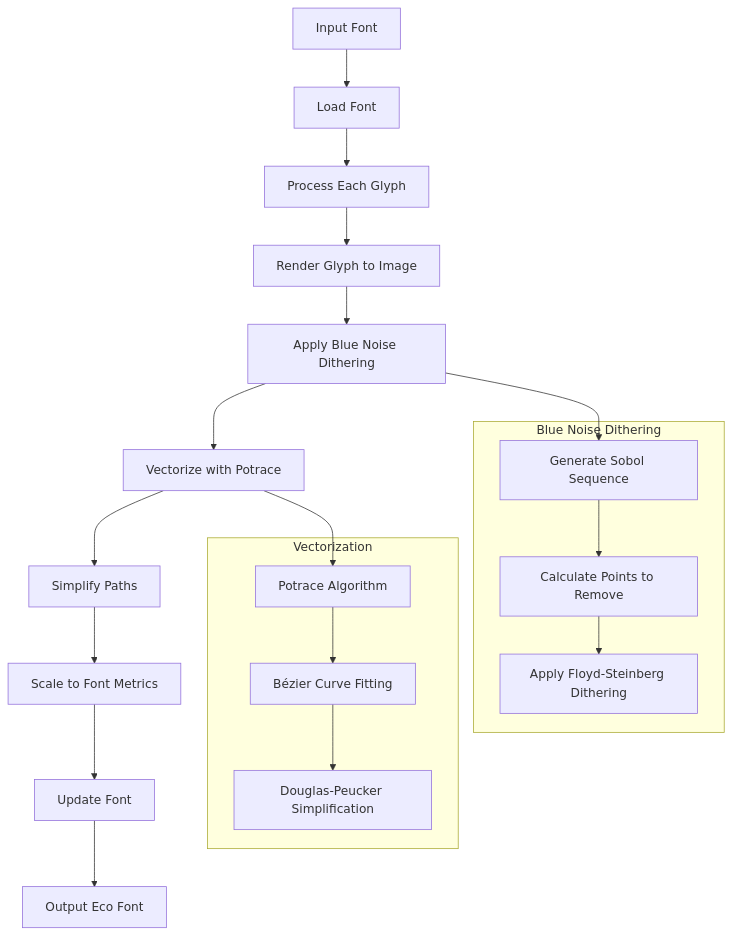
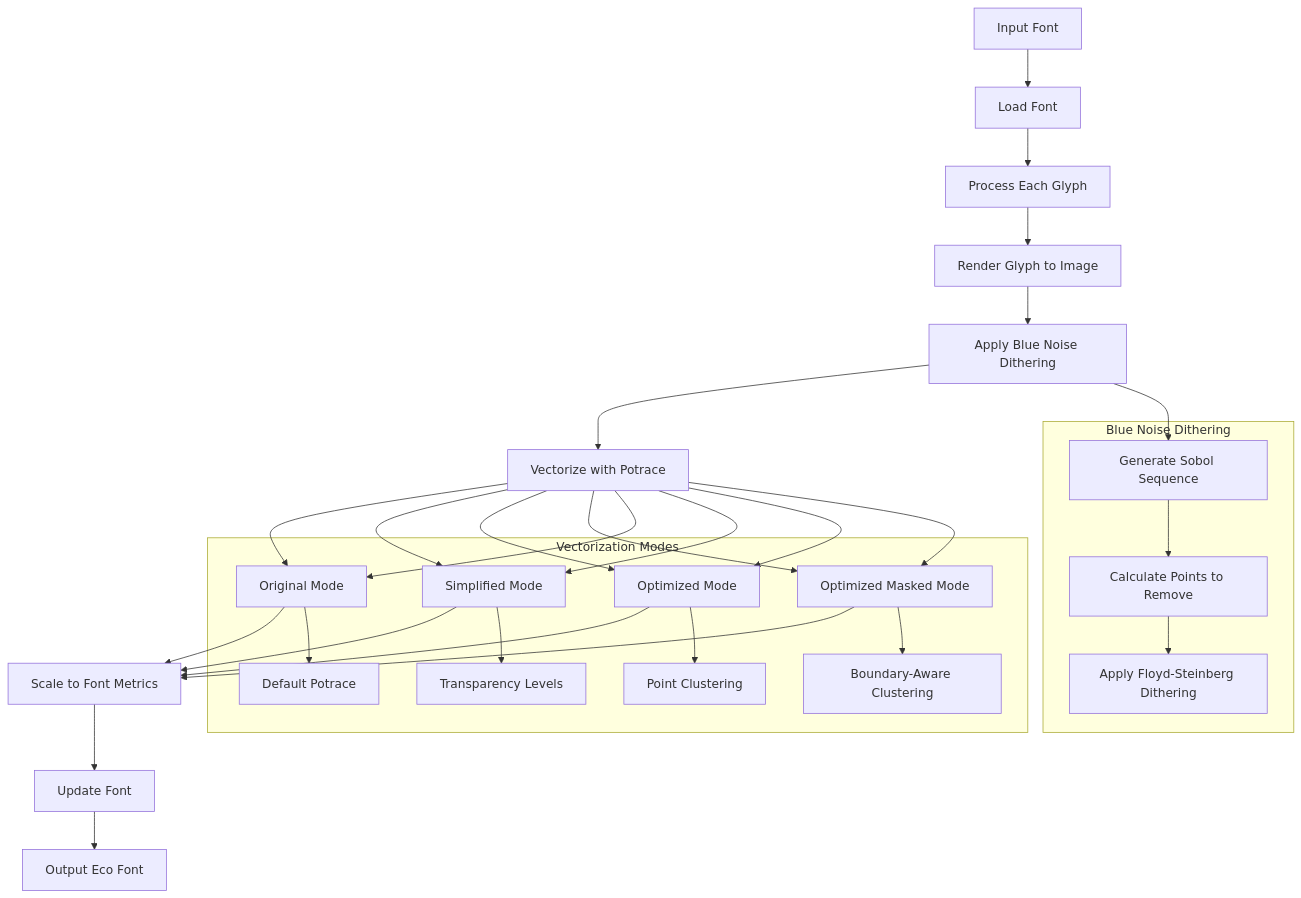
One commit to dsmutin/FontEco changed the diagram in README.md. Above: the diagram before and after it, drawn with Mermaid. The commit also changed other lines of this file and 1 other file, not shown here.

Commit message:
update the rendering information

````diff
--- a/README.md
+++ b/README.md
@@ -41,25 +47,39 @@
 ```mermaid
 graph TD
     A[Input Font] --> B[Load Font]
     B --> C[Process Each Glyph]
     C --> D[Render Glyph to Image]
     D --> E[Apply Blue Noise Dithering]
     E --> F[Vectorize with Potrace]
-    F --> G[Simplify Paths]
-    G --> H[Scale to Font Metrics]
+    
+    F --> G1[Original Mode]
+    F --> G2[Simplified Mode]
+    F --> G3[Optimized Mode]
+    F --> G4[Optimized Masked Mode]
+    
+    G1 --> H[Scale to Font Metrics]
+    G2 --> H
+    G3 --> H
+    G4 --> H
+    
     H --> I[Update Font]
     I --> J[Output Eco Font]
     
     subgraph "Blue Noise Dithering"
         E1[Generate Sobol Sequence] --> E2[Calculate Points to Remove]
         E2 --> E3[Apply Floyd-Steinberg Dithering]
     end
     
-    subgraph "Vectorization"
-        F1[Potrace Algorithm] --> F2[Bézier Curve Fitting]
-        F2 --> F3[Douglas-Peucker Simplification]
+    subgraph "Vectorization Modes"
+        G1 --> G1a[Default Potrace]
+        G2 --> G2a[Transparency Levels]
+        G3 --> G3a[Point Clustering]
+        G4 --> G4a[Boundary-Aware Clustering]
     end
     
     E --> E1
-    F --> F1
+    F --> G1
+    F --> G2
+    F --> G3
+    F --> G4
 ```
````
